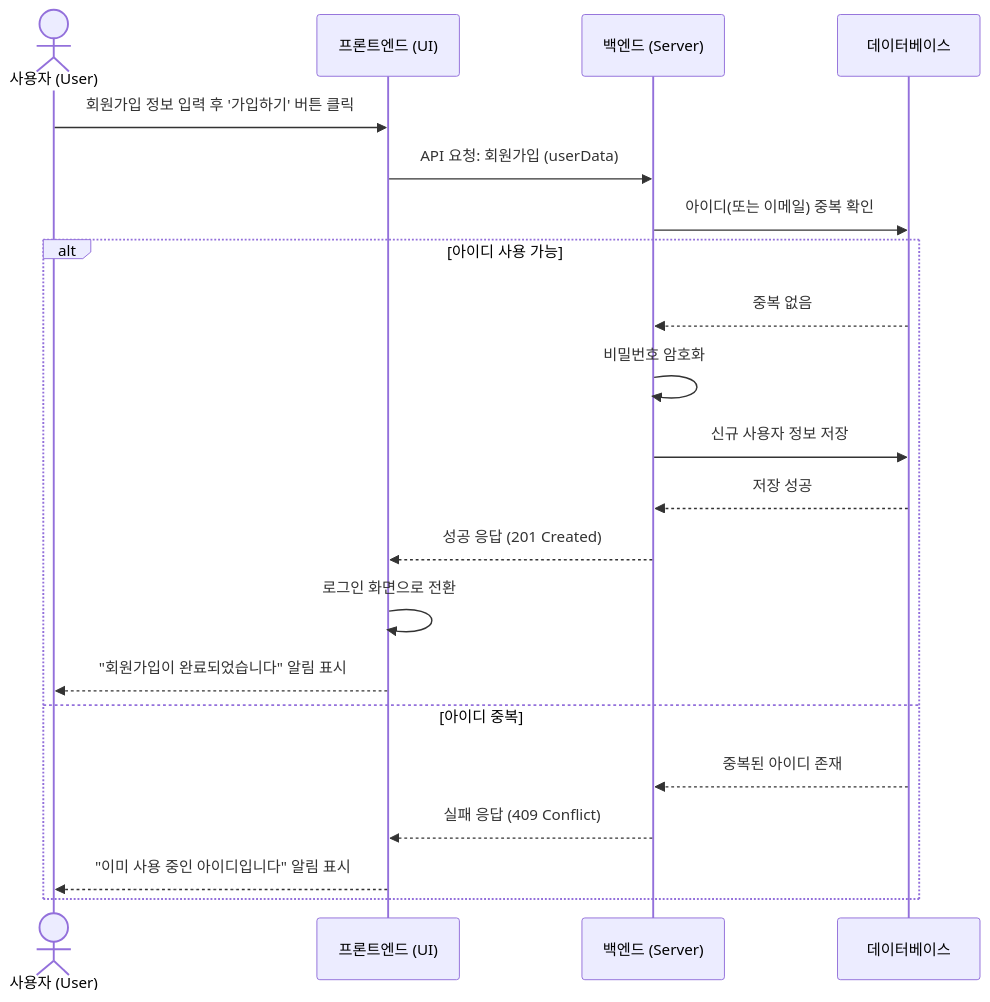
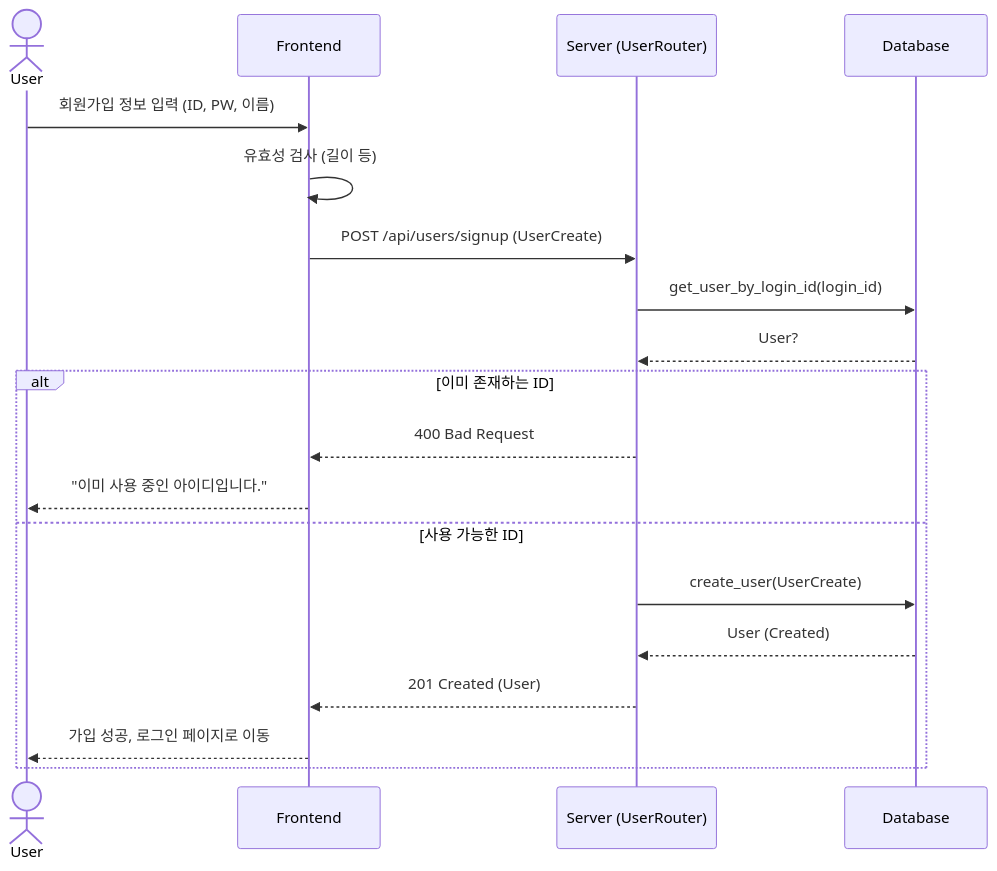
One commit to YU-SoftwareEng/AlphaBot changed the first of 14 diagrams in 문서/SDS/SDS_[Alphabot]_4_SequenceDiagram.md. Above: the diagram before and after it, drawn with Mermaid. The commit also changed other lines of this file and 4 other files, not shown here.

````diff
--- a/문서/SDS/SDS_[Alphabot]_4_SequenceDiagram.md
+++ b/문서/SDS/SDS_[Alphabot]_4_SequenceDiagram.md
@@ -5,25 +6,24 @@
 ```mermaid
 sequenceDiagram
-    actor 사용자 as 사용자 (User)
-    participant Frontend as 프론트엔드 (UI)
-    participant Backend as 백엔드 (Server)
-    participant DB as 데이터베이스
+    actor User
+    participant Frontend
+    participant Server (UserRouter)
+    participant Database
 
-    사용자 ->> Frontend: 회원가입 정보 입력 후 '가입하기' 버튼 클릭
-    Frontend ->> Backend: API 요청: 회원가입 (userData)
-    Backend ->> DB: 아이디(또는 이메일) 중복 확인
-
-    alt 아이디 사용 가능
-        DB -->> Backend: 중복 없음
-        Backend ->> Backend: 비밀번호 암호화
-        Backend ->> DB: 신규 사용자 정보 저장
-        DB -->> Backend: 저장 성공
-        Backend -->> Frontend: 성공 응답 (201 Created)
-        Frontend ->> Frontend: 로그인 화면으로 전환
-        Frontend -->> 사용자: "회원가입이 완료되었습니다" 알림 표시
-    else 아이디 중복
-        DB -->> Backend: 중복된 아이디 존재
-        Backend -->> Frontend: 실패 응답 (409 Conflict)
-        Frontend -->> 사용자: "이미 사용 중인 아이디입니다" 알림 표시
+    User->>Frontend: 회원가입 정보 입력 (ID, PW, 이름)
+    Frontend->>Frontend: 유효성 검사 (길이 등)
+    Frontend->>Server (UserRouter): POST /api/users/signup (UserCreate)
+    
+    Server (UserRouter)->>Database: get_user_by_login_id(login_id)
+    Database-->>Server (UserRouter): User?
+    
+    alt 이미 존재하는 ID
+        Server (UserRouter)-->>Frontend: 400 Bad Request
+        Frontend-->>User: "이미 사용 중인 아이디입니다."
+    else 사용 가능한 ID
+        Server (UserRouter)->>Database: create_user(UserCreate)
+        Database-->>Server (UserRouter): User (Created)
+        Server (UserRouter)-->>Frontend: 201 Created (User)
+        Frontend-->>User: 가입 성공, 로그인 페이지로 이동
     end
 ```
````
